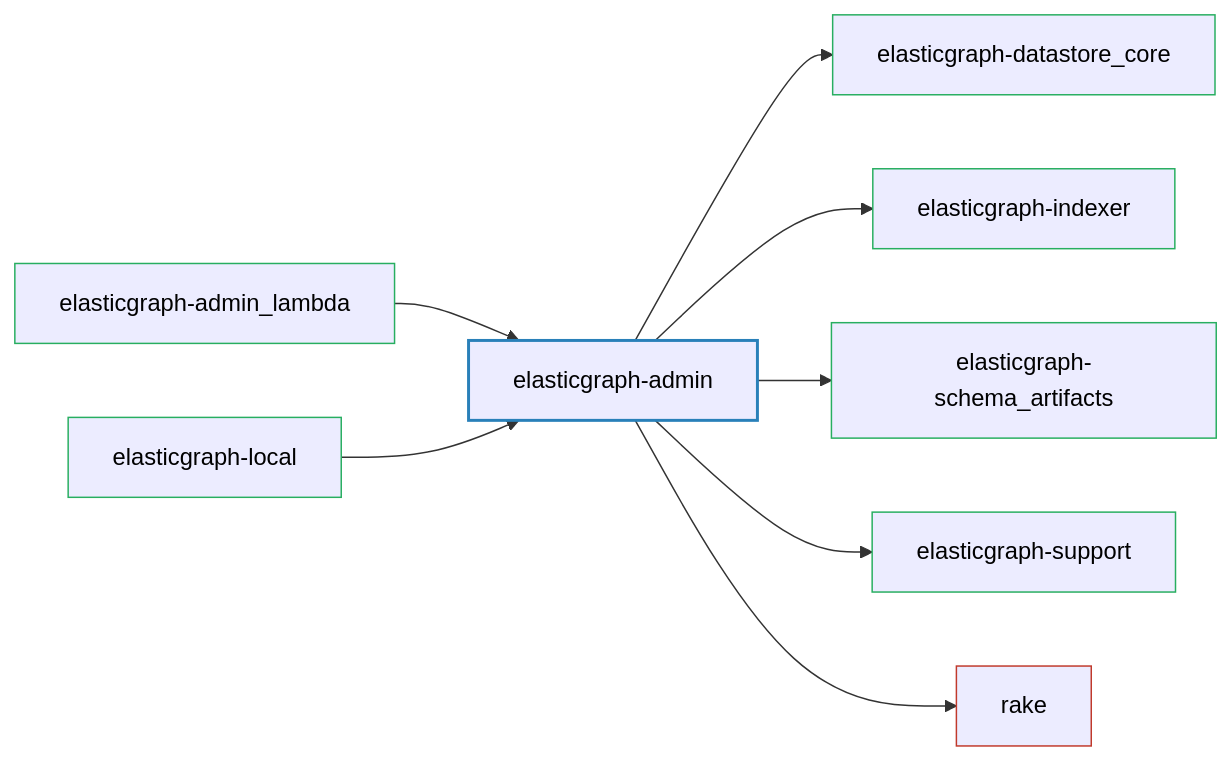
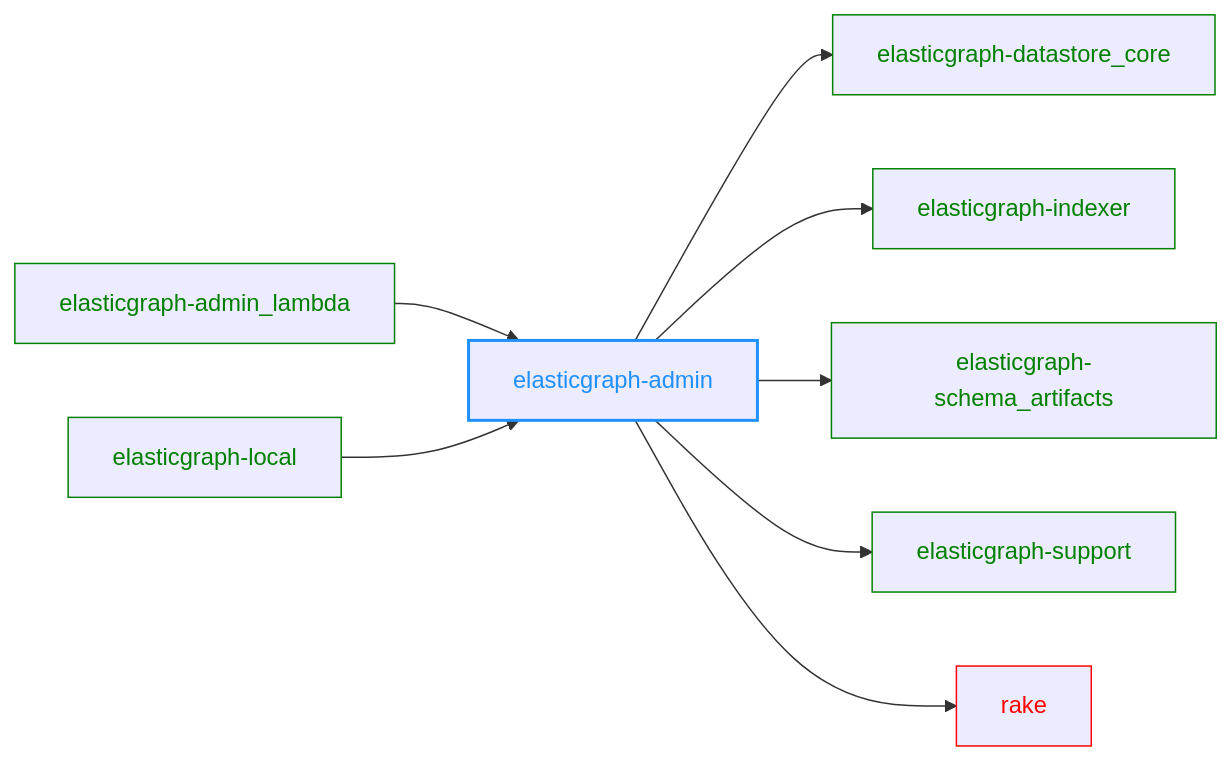
One commit to block/elasticgraph changed the diagram in elasticgraph-admin/README.md. Above: the diagram before and after it, drawn with Mermaid. The commit also changed 23 other files, not shown here.

````diff
--- a/elasticgraph-admin/README.md
+++ b/elasticgraph-admin/README.md
@@ -7,26 +7,27 @@
 ```mermaid
 graph LR;
     elasticgraph-admin["elasticgraph-admin"];
     elasticgraph-datastore_core["elasticgraph-datastore_core"];
     elasticgraph-admin --> elasticgraph-datastore_core;
     elasticgraph-indexer["elasticgraph-indexer"];
     elasticgraph-admin --> elasticgraph-indexer;
     elasticgraph-schema_artifacts["elasticgraph-schema_artifacts"];
     elasticgraph-admin --> elasticgraph-schema_artifacts;
     elasticgraph-support["elasticgraph-support"];
     elasticgraph-admin --> elasticgraph-support;
     rake["rake"];
     elasticgraph-admin --> rake;
     elasticgraph-admin_lambda["elasticgraph-admin_lambda"];
     elasticgraph-admin_lambda --> elasticgraph-admin;
     elasticgraph-local["elasticgraph-local"];
     elasticgraph-local --> elasticgraph-admin;
-    style elasticgraph-admin fill:#lightblue,stroke:#2980b9,stroke-width:2px,color:#000;
-    style elasticgraph-datastore_core fill:#lightgreen,stroke:#27ae60,stroke-width:1px,color:#000;
-    style elasticgraph-indexer fill:#lightgreen,stroke:#27ae60,stroke-width:1px,color:#000;
-    style elasticgraph-schema_artifacts fill:#lightgreen,stroke:#27ae60,stroke-width:1px,color:#000;
-    style elasticgraph-support fill:#lightgreen,stroke:#27ae60,stroke-width:1px,color:#000;
-    style rake fill:#lightcoral,stroke:#c0392b,stroke-width:1px,color:#000;
-    style elasticgraph-admin_lambda fill:#lightgreen,stroke:#27ae60,stroke-width:1px,color:#000;
-    style elasticgraph-local fill:#lightgreen,stroke:#27ae60,stroke-width:1px,color:#000;
+    style elasticgraph-admin color:DodgerBlue,stroke-width:2px,stroke:DodgerBlue;
+    style elasticgraph-datastore_core color:Green,stroke:Green;
+    style elasticgraph-indexer color:Green,stroke:Green;
+    style elasticgraph-schema_artifacts color:Green,stroke:Green;
+    style elasticgraph-support color:Green,stroke:Green;
+    style rake color:Red,stroke:Red;
+    style elasticgraph-admin_lambda color:Green,stroke:Green;
+    style elasticgraph-local color:Green,stroke:Green;
+    click rake href "https://rubygems.org/gems/rake" "Open on RubyGems.org" _blank;
 ```
````
